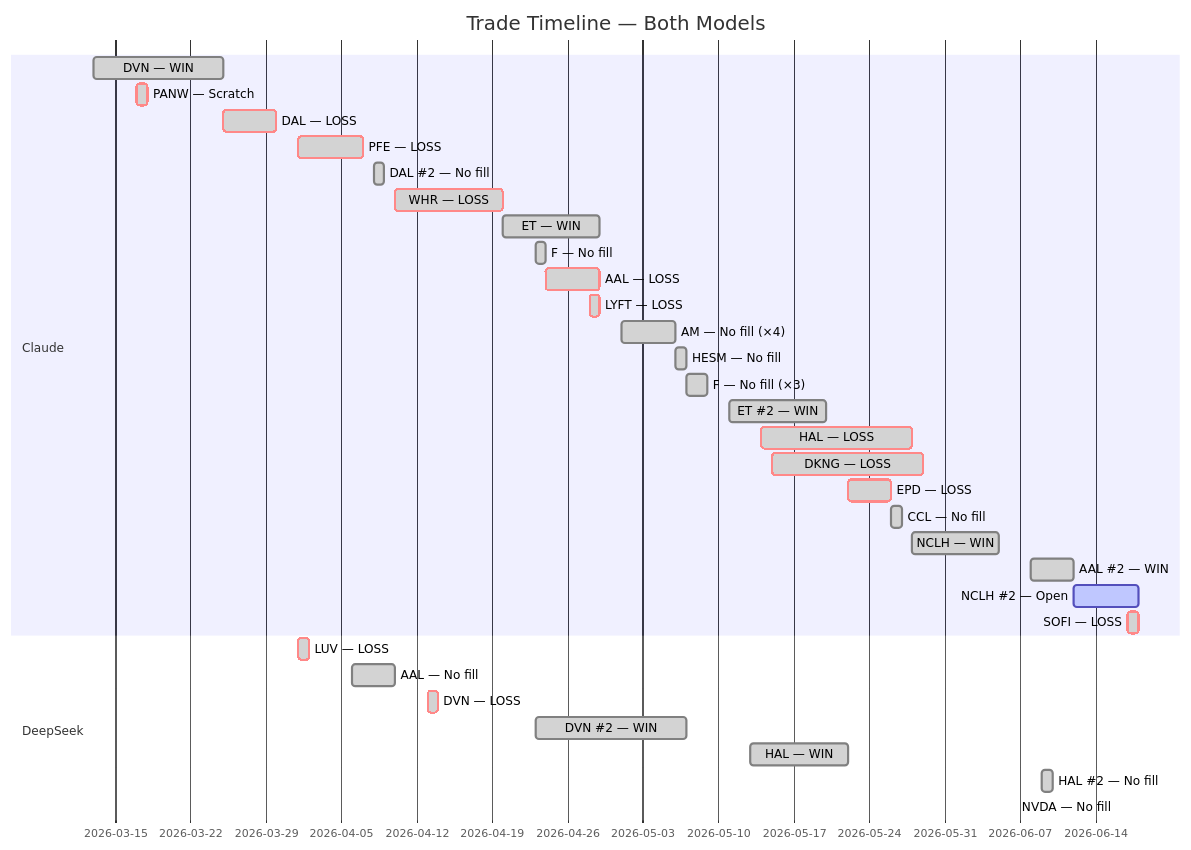
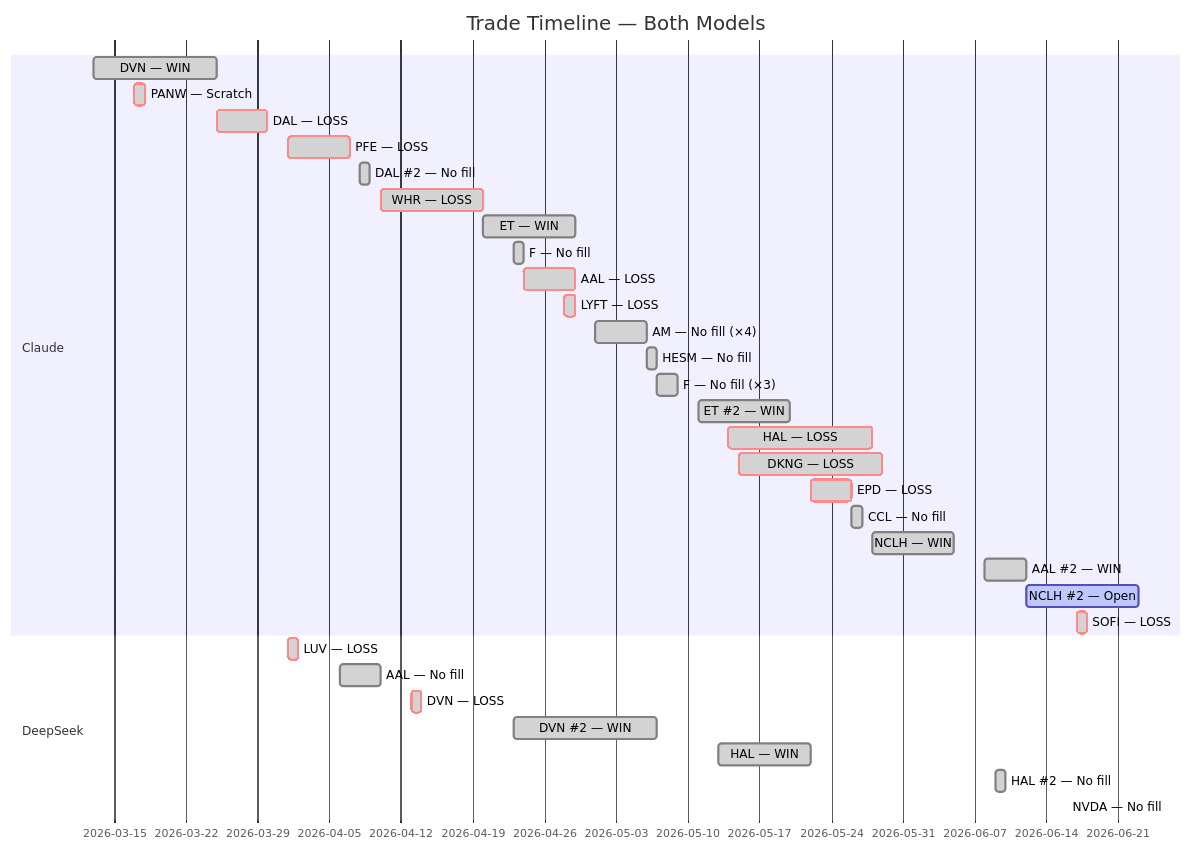
Before and after one commit to zachisit/ai-auto-buy-thesis: the fifth of 5 diagrams in README.md, drawn with Mermaid. The commit also changed other lines of this file and 2 other files, not shown here.

````diff
--- a/README.md
+++ b/README.md
@@ -63,36 +63,36 @@
 ```mermaid
 gantt
     title Trade Timeline — Both Models
     dateFormat YYYY-MM-DD
     section Claude
     DVN — WIN            :done,    2026-03-13, 2026-03-25
     PANW — Scratch       :crit, done, 2026-03-17, 2026-03-18
     DAL — LOSS           :crit, done, 2026-03-25, 2026-03-30
     PFE — LOSS           :crit, done, 2026-04-01, 2026-04-07
     DAL #2 — No fill     :done,    2026-04-08, 2026-04-09
     WHR — LOSS           :crit, done, 2026-04-10, 2026-04-20
     ET — WIN             :done,    2026-04-20, 2026-04-29
     F — No fill          :done,    2026-04-23, 2026-04-24
     AAL — LOSS           :crit, done, 2026-04-24, 2026-04-29
     LYFT — LOSS          :crit, done, 2026-04-28, 2026-04-29
     AM — No fill (×4)    :done,    2026-05-01, 2026-05-06
     HESM — No fill       :done,    2026-05-06, 2026-05-07
     F — No fill (×3)     :done,    2026-05-07, 2026-05-09
     ET #2 — WIN          :done,    2026-05-11, 2026-05-20
     HAL — LOSS           :crit, done, 2026-05-14, 2026-05-28
     DKNG — LOSS          :crit, done, 2026-05-15, 2026-05-29
     EPD — LOSS           :crit, done, 2026-05-22, 2026-05-26
     CCL — No fill        :done,    2026-05-26, 2026-05-27
     NCLH — WIN           :done,    2026-05-28, 2026-06-05
     AAL #2 — WIN         :done,    2026-06-08, 2026-06-12
-    NCLH #2 — Open       :active,  2026-06-12, 2026-06-18
+    NCLH #2 — Open       :active,  2026-06-12, 2026-06-23
     SOFI — LOSS          :crit, done, 2026-06-17, 2026-06-18
     section DeepSeek
     LUV — LOSS           :crit, done, 2026-04-01, 2026-04-02
     AAL — No fill        :done,    2026-04-06, 2026-04-10
     DVN — LOSS           :crit, done, 2026-04-13, 2026-04-14
     DVN #2 — WIN         :done,    2026-04-23, 2026-05-07
     HAL — WIN            :done,    2026-05-13, 2026-05-22
     HAL #2 — No fill    :done,    2026-06-09, 2026-06-10
     NVDA — No fill      :done,    2026-06-16, 2026-06-16
 ```
````
